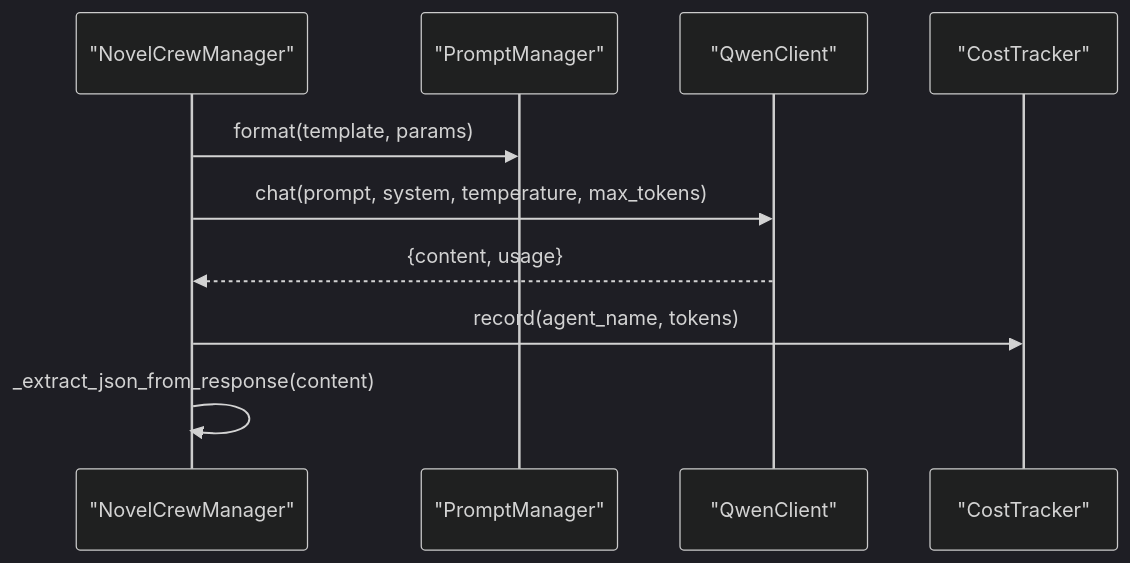
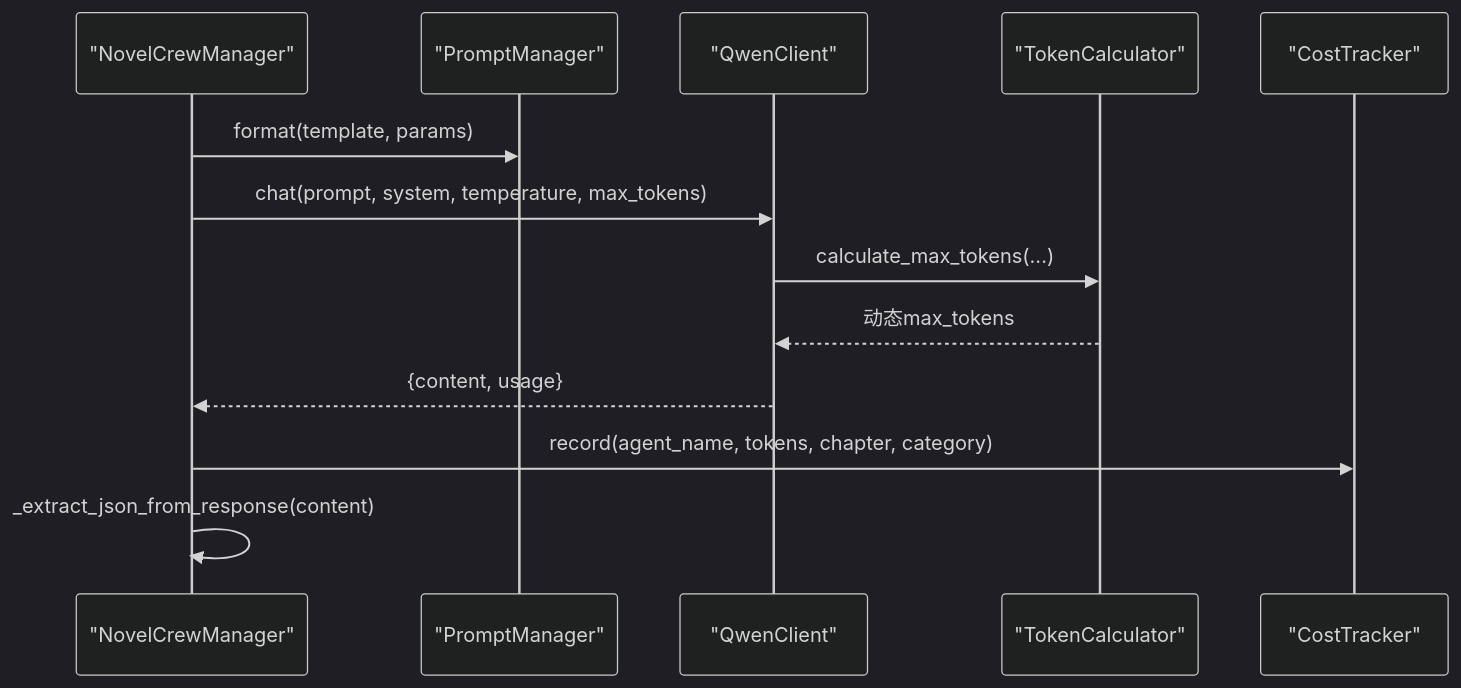
Before and after one commit to xfbyxq/ai-novel-system: the eighth of 9 diagrams in .qoder/repowiki/zh/content/LLM集成架构/LLM集成架构.md, drawn with Mermaid (dark theme). The commit also changed other lines of this file and 3 other files, not shown here.

````diff
--- a/.qoder/repowiki/zh/content/LLM集成架构/LLM集成架构.md
+++ b/.qoder/repowiki/zh/content/LLM集成架构/LLM集成架构.md
@@ -333,12 +383,15 @@
 ```mermaid
 sequenceDiagram
 participant Crew as "NovelCrewManager"
 participant PM as "PromptManager"
 participant Q as "QwenClient"
+participant TokenCalc as "TokenCalculator"
 participant Cost as "CostTracker"
 Crew->>PM : format(template, params)
 Crew->>Q : chat(prompt, system, temperature, max_tokens)
+Q->>TokenCalc : calculate_max_tokens(...)
+TokenCalc-->>Q : 动态max_tokens
 Q-->>Crew : {content, usage}
-Crew->>Cost : record(agent_name, tokens)
+Crew->>Cost : record(agent_name, tokens, chapter, category)
 Crew->>Crew : _extract_json_from_response(content)
 ```
````
